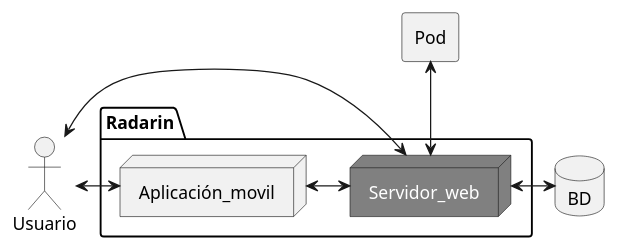
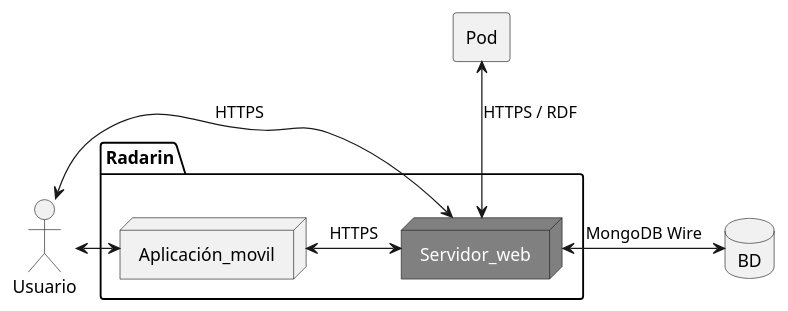
The first of 2 diagrams in webapp/docs/05_building_block_view.adoc (Arquisoft/radarin_es4b), drawn with PlantUML before and after one commit. The commit also changed other lines of this file and 5 other files, not shown here.

```diff
--- a/webapp/docs/05_building_block_view.adoc
+++ b/webapp/docs/05_building_block_view.adoc
@@ -9,17 +9,17 @@
 [plantuml,"Nivel 1",png]
 ----
 @startuml
 actor Usuario
 package Radarin {
     node Aplicación_movil
     node Servidor_web #grey;text:white
 }
 agent "Pod"
 database BD
-Usuario <-right-> Servidor_web
+Usuario <-right-> Servidor_web: HTTPS
 Usuario <-right-> Aplicación_movil
-Aplicación_movil <-right->  Servidor_web
-Pod <-down-> Servidor_web
-BD<-left-> Servidor_web
+Aplicación_movil <-right->  Servidor_web: HTTPS
+Pod <-down-> Servidor_web: HTTPS / RDF
+BD<-left-> Servidor_web: MongoDB Wire
 @enduml
 ----
```
